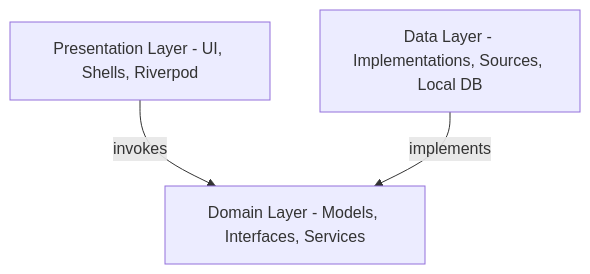
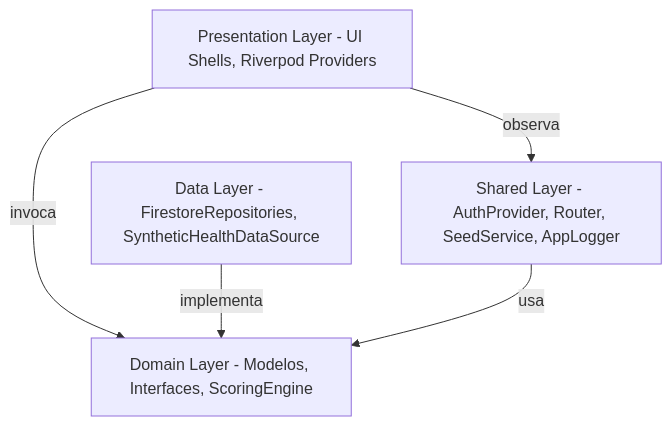
Before and after one commit to zepolnala/burnout_meter: the diagram in docs/architecture.md, drawn with Mermaid. The commit also changed other lines of this file and 14 other files, not shown here.

Commit message:
Fix GoRouter redirect timing in integration tests by adding explicit authState refresh listener at widget level and replacing pumpAndSettle with retry pump loops

````diff
--- a/docs/architecture.md
+++ b/docs/architecture.md
@@ -11,9 +13,12 @@
 ```mermaid
 graph TD
-    Domain[Domain Layer - Models, Interfaces, Services]
-    Data[Data Layer - Implementations, Sources, Local DB]
-    Presentation[Presentation Layer - UI, Shells, Riverpod]
-    
-    Presentation -->|invokes| Domain
-    Data -->|implements| Domain
+    Domain[Domain Layer - Modelos, Interfaces, ScoringEngine]
+    Data[Data Layer - FirestoreRepositories, SyntheticHealthDataSource]
+    Presentation[Presentation Layer - UI Shells, Riverpod Providers]
+    Shared[Shared Layer - AuthProvider, Router, SeedService, AppLogger]
+
+    Presentation -->|invoca| Domain
+    Presentation -->|observa| Shared
+    Data -->|implementa| Domain
+    Shared -->|usa| Domain
 ```
````
